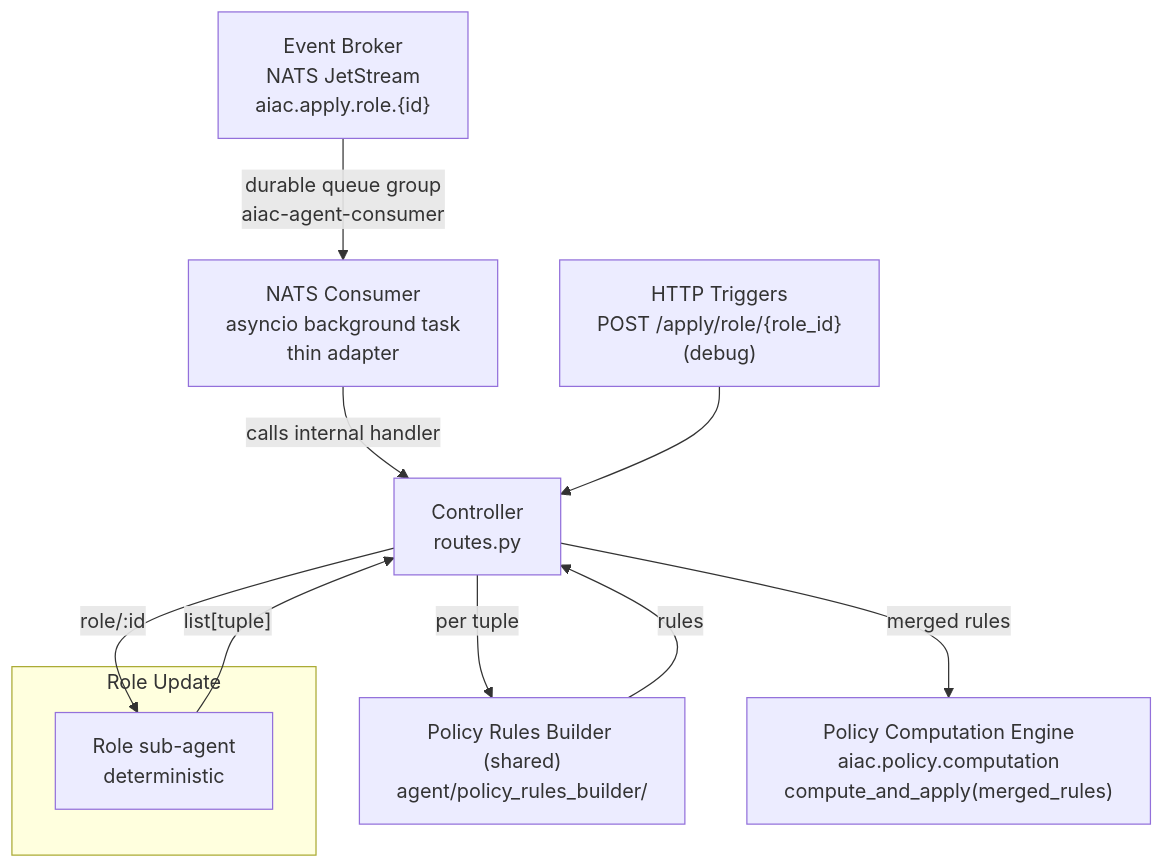
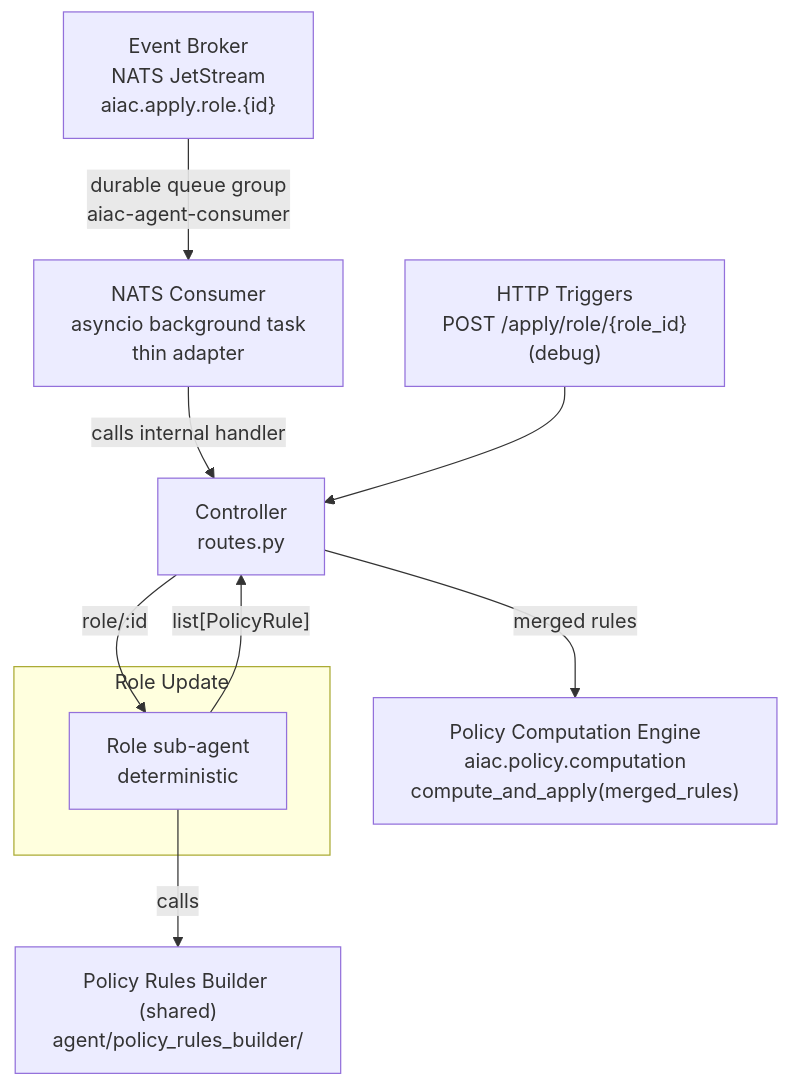
The diagram in inception/requirements/components/aiac-agent/uc3-role-update.md (rossoctl/aiac), drawn with Mermaid before and after one commit. The commit also changed other lines of this file and 4 other files, not shown here.

First line of the commit message:
docs(aiac-agent): move PRB calls from Controller into producing sub-agents

````diff
--- a/inception/requirements/components/aiac-agent/uc3-role-update.md
+++ b/inception/requirements/components/aiac-agent/uc3-role-update.md
@@ -16,24 +16,24 @@
 ```mermaid
 flowchart TD
     NATS["Event Broker\nNATS JetStream\naiac.apply.role.{id}"]
     NATS_CONSUMER["NATS Consumer\nasyncio background task\nthin adapter"]
     TRIGGERS["HTTP Triggers\nPOST /apply/role/{role_id}\n(debug)"]
     CTRL["Controller\nroutes.py"]
 
     NATS -->|"durable queue group\naiac-agent-consumer"| NATS_CONSUMER
     NATS_CONSUMER -->|"calls internal handler"| CTRL
     TRIGGERS --> CTRL
 
     subgraph RR["Role Update"]
         SA["Role sub-agent\ndeterministic"]
     end
 
     PRB["Policy Rules Builder (shared)\nagent/policy_rules_builder/"]
     PCE["Policy Computation Engine\naiac.policy.computation\ncompute_and_apply(merged_rules)"]
 
+    SA -->|"calls"| PRB
+
     CTRL -->|"role/:id"| SA
-    SA -->|"list[tuple]"| CTRL
-    CTRL -->|"per tuple"| PRB
-    PRB -->|"rules"| CTRL
+    SA -->|"list[PolicyRule]"| CTRL
     CTRL -->|"merged rules"| PCE
 ```
````
